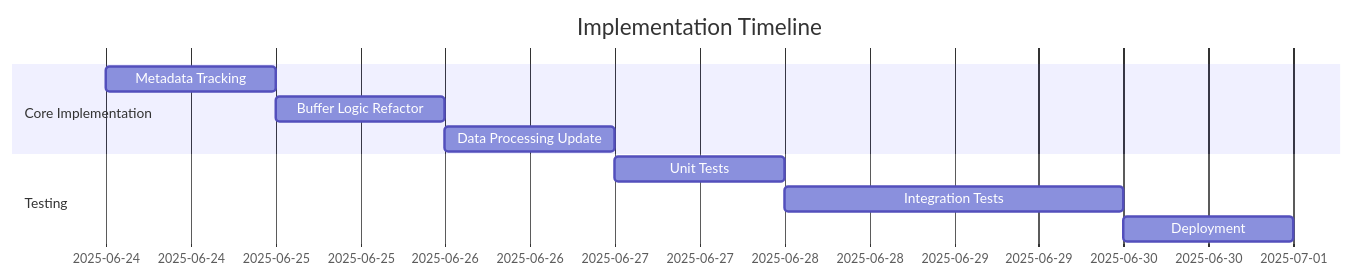
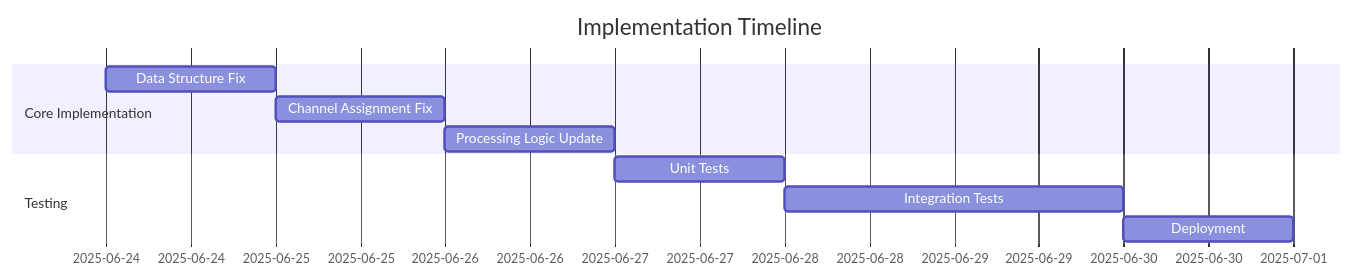
One commit to nickgeoca/elata-eeg changed the second of 2 diagrams in todo/eeg_graph_fix_plan.md. Above: the diagram before and after it, drawn with Mermaid. The commit also changed other lines of this file and 2 other files, not shown here.

````diff
--- a/todo/eeg_graph_fix_plan.md
+++ b/todo/eeg_graph_fix_plan.md
@@ -109,13 +139,13 @@
 ```mermaid
 gantt
     title Implementation Timeline
     dateFormat  YYYY-MM-DD
     section Core Implementation
-    Metadata Tracking      :2025-06-24, 1d
-    Buffer Logic Refactor  :2025-06-25, 1d
-    Data Processing Update :2025-06-26, 1d
+    Data Structure Fix     :2025-06-24, 1d
+    Channel Assignment Fix :2025-06-25, 1d
+    Processing Logic Update:2025-06-26, 1d
     section Testing
     Unit Tests             :2025-06-27, 1d
     Integration Tests      :2025-06-28, 2d
     Deployment             :2025-06-30, 1d
 ```
````
